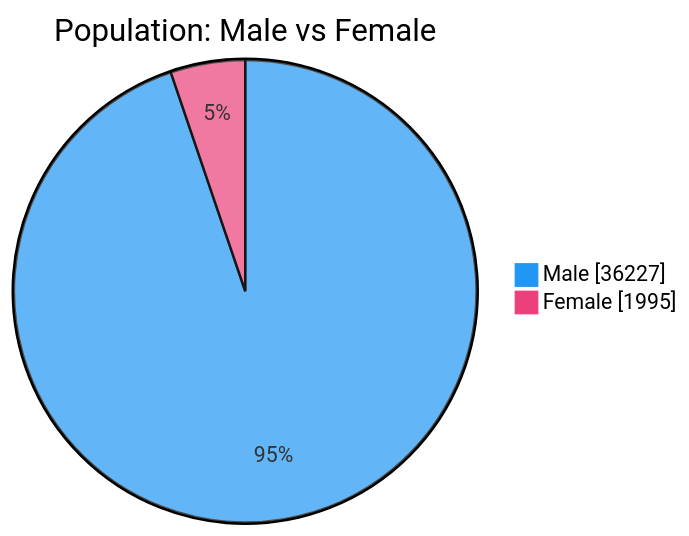
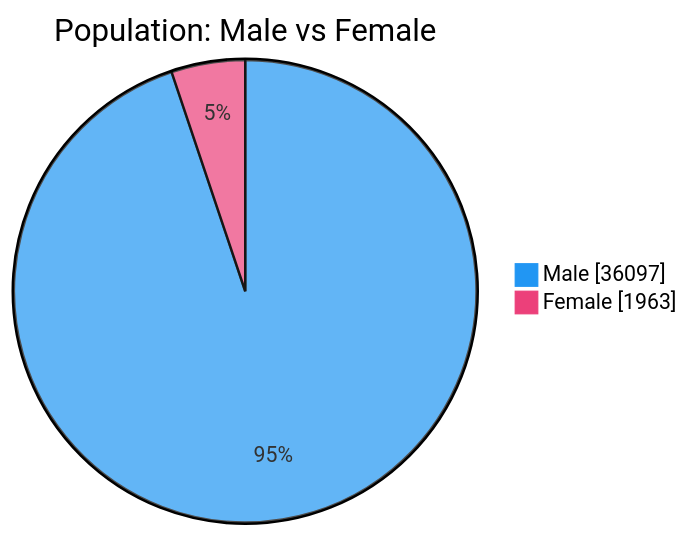
The second of 7 diagrams in README.md (nuuuwan/lk_prisons), drawn with Mermaid before and after one commit. The commit also changed other lines of this file and 1 other file, not shown here.

````diff
--- a/README.md
+++ b/README.md
@@ -54,6 +54,6 @@
 ```mermaid
 %%{init: {'themeVariables': {'pie1': '#2196F3', 'pie2': '#EC407A'}}}%%
 pie showData title Population: Male vs Female
-    "Male" : 36227
-    "Female" : 1995
+    "Male" : 36097
+    "Female" : 1963
 ```
````
